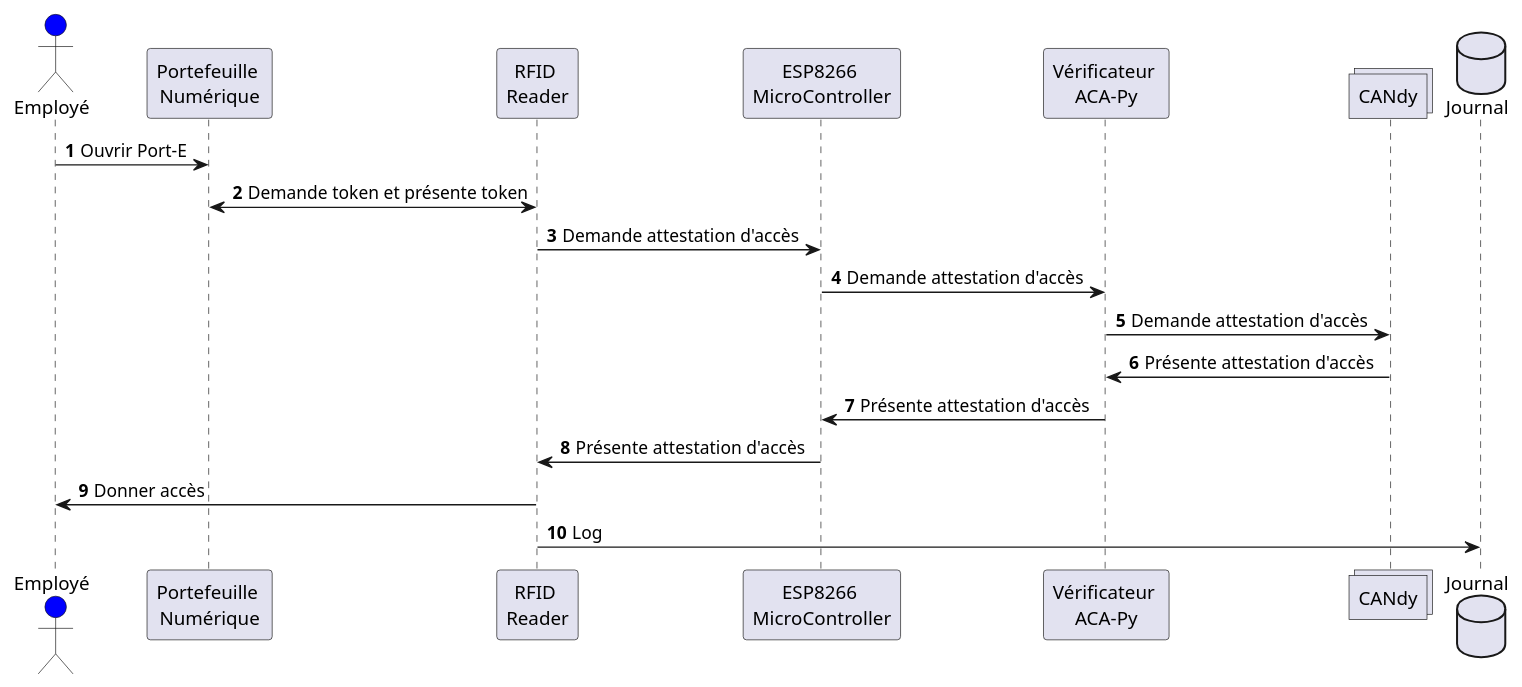
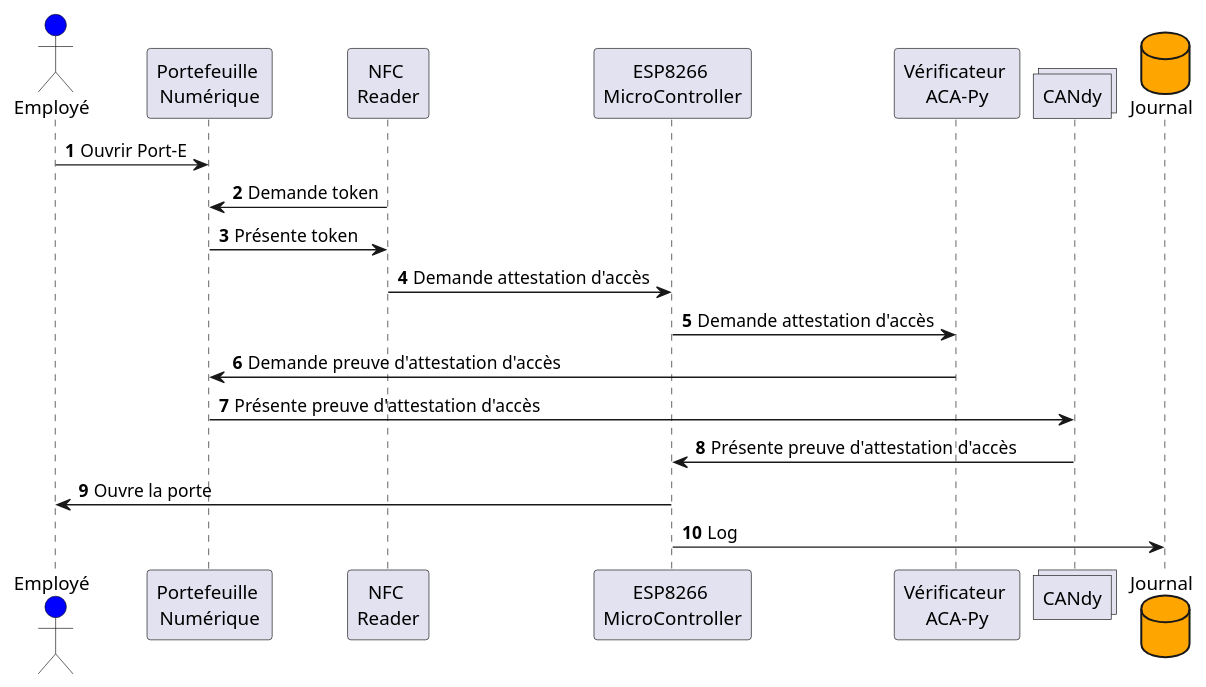
Before and after one commit to CQEN-QDCE/exp-attestation-emploie-acces: the diagram in doc/SchemaSeqConsomPhysique.puml, drawn with PlantUML. The commit also changed 3 other files, not shown here.

```diff
--- a/doc/SchemaSeqConsomPhysique.puml
+++ b/doc/SchemaSeqConsomPhysique.puml
@@ -1,28 +1,29 @@
 @startuml SchemaConsommteurPhysique
 autonumber
 
 '*************
 'Déclaration de participants
 '*************
 actor Employé as Employee #Blue
 participant  "Portefeuille \nNumérique" as Wallet
-participant "RFID \nReader" as Reader
+participant "NFC \nReader" as Reader
 participant "ESP8266 \nMicroController" as ESP8266
 participant "Vérificateur \nACA-Py" as ACAPY   
 collections CANdy
-database Journal
+database Journal #Orange
 
 '**************
 'DÉFINITION DES LIENS
 '**************
 Employee -> Wallet : Ouvrir Port-E
-Wallet <-> Reader : Demande token et présente token
+Reader -> Wallet : Demande token
+Wallet -> Reader :  Présente token
 Reader -> ESP8266 : Demande attestation d'accès
 ESP8266 -> ACAPY : Demande attestation d'accès
-ACAPY -> CANdy : Demande attestation d'accès
-CANdy -> ACAPY : Présente attestation d'accès
-ACAPY -> ESP8266 : Présente attestation d'accès
-ESP8266 -> Reader : Présente attestation d'accès 
-Reader -> Employee : Donner accès
-Reader -> Journal : Log
+ACAPY -> Wallet : Demande preuve d'attestation d'accès
+Wallet -> CANdy : Présente preuve d'attestation d'accès
+CANdy -> ESP8266 : Présente preuve d'attestation d'accès
+ESP8266 -> Employee : Ouvre la porte
+ESP8266 -> Journal : Log 
+
 @enduml
```
